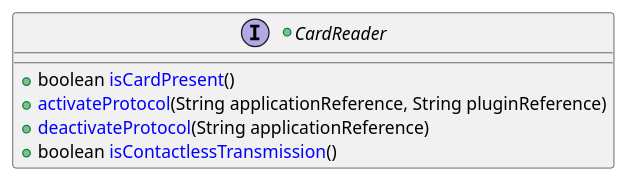
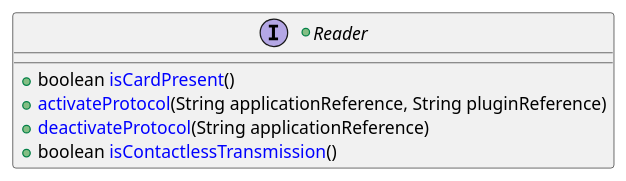
One commit to calypsonet/keyple changed the sixth of 20 diagrams in src/KeypleCoreApi/puml/KeypleCore_Reader_ClassDiag_ClassElements.iuml. Above: the diagram before and after it, drawn with PlantUML. The commit also changed other lines of this file and 34 other files, not shown here.

```diff
--- a/src/KeypleCoreApi/puml/KeypleCore_Reader_ClassDiag_ClassElements.iuml
+++ b/src/KeypleCoreApi/puml/KeypleCore_Reader_ClassDiag_ClassElements.iuml
@@ -67,8 +67,8 @@
 @startuml(id=READER_READER_1_0_0_PLUGIN)
-+interface CardReader {
++interface Reader {
   +boolean <color:blue>isCardPresent</color>()
   +<color:blue>activateProtocol</color>(String applicationReference, String pluginReference)
   +<color:blue>deactivateProtocol</color>(String applicationReference)
   +boolean <color:blue>isContactlessTransmission</color>()
 }
 @enduml
```
